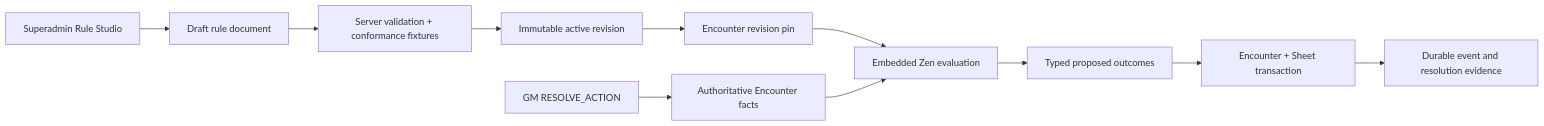
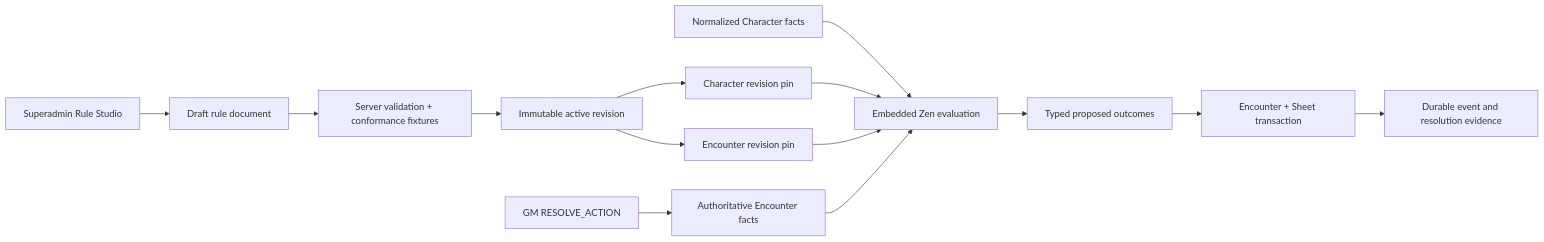
Before and after one commit to MPiland/artificer-toolkit: the first of 2 diagrams in docs/roadmap/07-encounters.md, drawn with Mermaid. The commit also changed other lines of this file and 369 other files, not shown here.

````diff
--- a/docs/roadmap/07-encounters.md
+++ b/docs/roadmap/07-encounters.md
@@ -48,13 +53,16 @@
 ```mermaid
 flowchart LR
   Studio["Superadmin Rule Studio"] --> Draft["Draft rule document"]
   Draft --> Fixtures["Server validation + conformance fixtures"]
   Fixtures --> Revision["Immutable active revision"]
-  Revision --> Pin["Encounter revision pin"]
+  Revision --> EncounterPin["Encounter revision pin"]
+  Revision --> CharacterPin["Character revision pin"]
+  CharacterFacts["Normalized Character facts"] --> Zen
+  CharacterPin --> Zen
   Intent["GM RESOLVE_ACTION"] --> Facts["Authoritative Encounter facts"]
-  Pin --> Zen["Embedded Zen evaluation"]
+  EncounterPin --> Zen["Embedded Zen evaluation"]
   Facts --> Zen
   Zen --> Outcomes["Typed proposed outcomes"]
   Outcomes --> Transaction["Encounter + Sheet transaction"]
   Transaction --> Evidence["Durable event and resolution evidence"]
 ```
````
